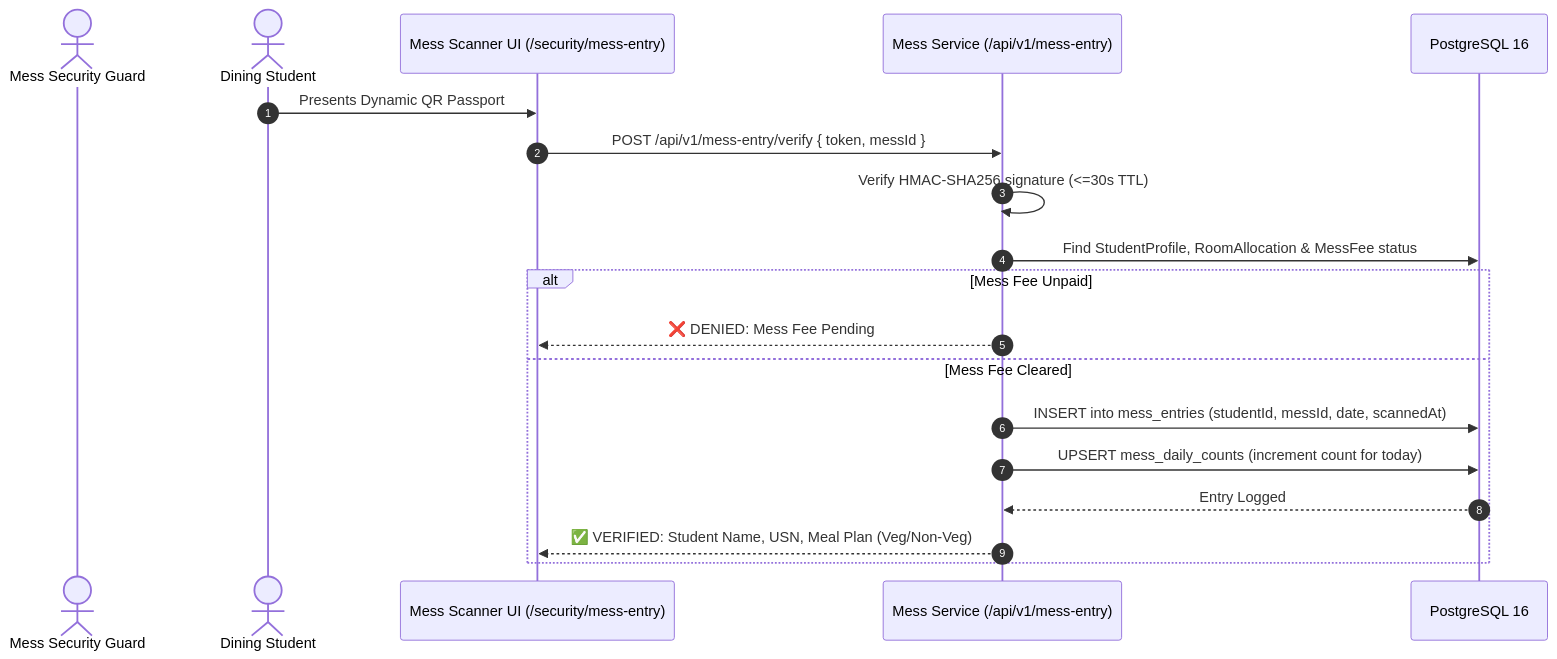
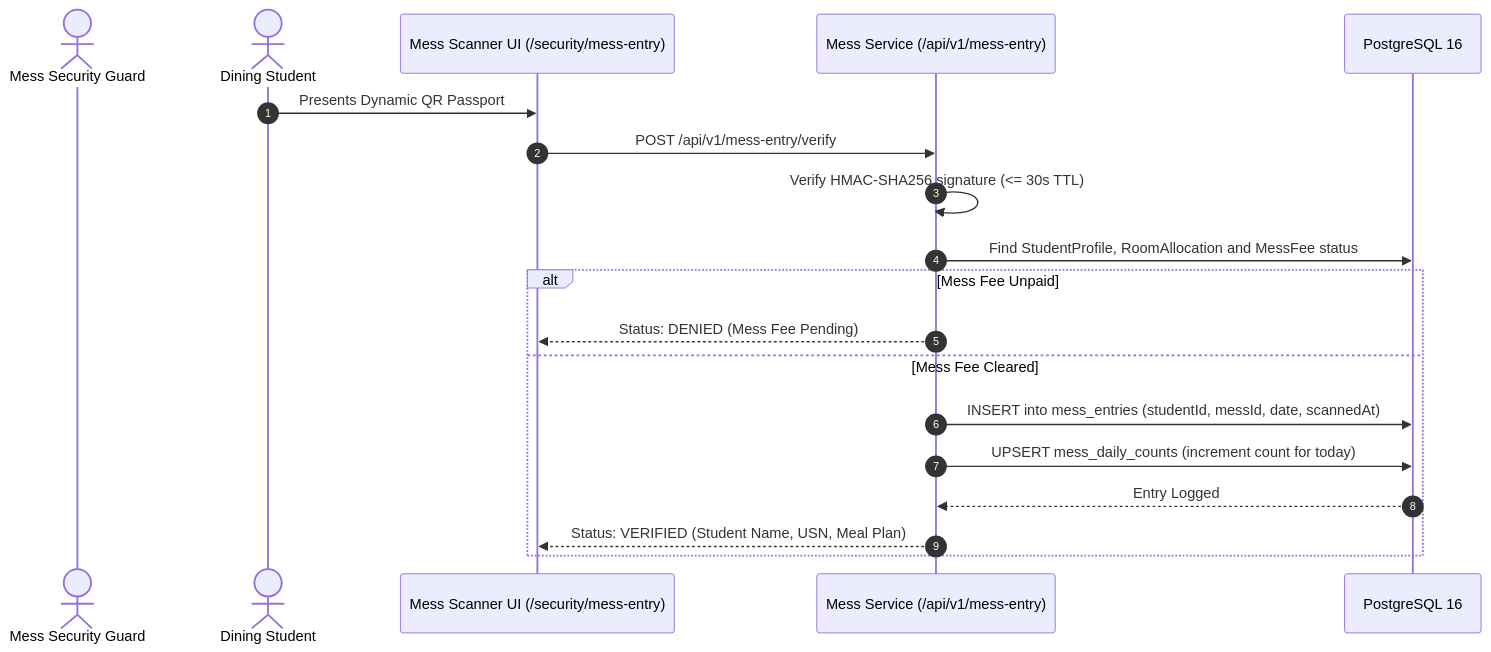
The third of 3 diagrams in README.md (Omkarpmath/Hostel-System), drawn with Mermaid before and after one commit. The commit also changed other lines of this file, not shown here.

Commit message:
Fix Mermaid diagram syntax in README.md

````diff
--- a/README.md
+++ b/README.md
@@ -261,23 +262,23 @@
 ```mermaid
 sequenceDiagram
     autonumber
     actor Guard as Mess Security Guard
     actor Student as Dining Student
     participant Scanner as Mess Scanner UI (/security/mess-entry)
     participant API as Mess Service (/api/v1/mess-entry)
     participant DB as PostgreSQL 16
 
     Student->>Scanner: Presents Dynamic QR Passport
-    Scanner->>API: POST /api/v1/mess-entry/verify { token, messId }
-    API->>API: Verify HMAC-SHA256 signature (<=30s TTL)
-    API->>DB: Find StudentProfile, RoomAllocation & MessFee status
+    Scanner->>API: POST /api/v1/mess-entry/verify
+    API->>API: Verify HMAC-SHA256 signature (<= 30s TTL)
+    API->>DB: Find StudentProfile, RoomAllocation and MessFee status
     
     alt Mess Fee Unpaid
-        API-->>Scanner: ❌ DENIED: Mess Fee Pending
+        API-->>Scanner: Status: DENIED (Mess Fee Pending)
     else Mess Fee Cleared
         API->>DB: INSERT into mess_entries (studentId, messId, date, scannedAt)
         API->>DB: UPSERT mess_daily_counts (increment count for today)
         DB-->>API: Entry Logged
-        API-->>Scanner: ✅ VERIFIED: Student Name, USN, Meal Plan (Veg/Non-Veg)
+        API-->>Scanner: Status: VERIFIED (Student Name, USN, Meal Plan)
     end
 ```
````
